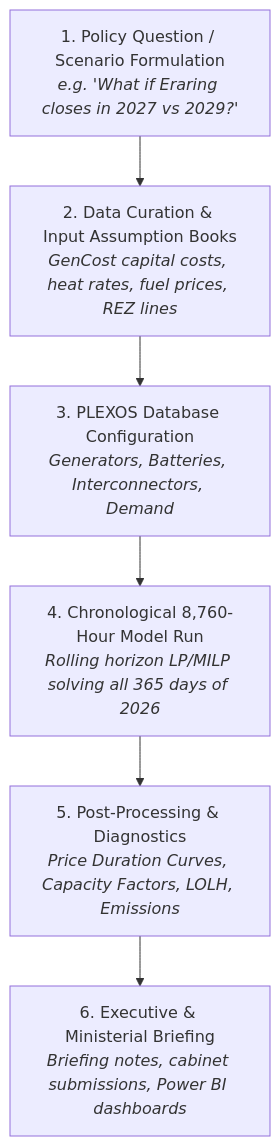
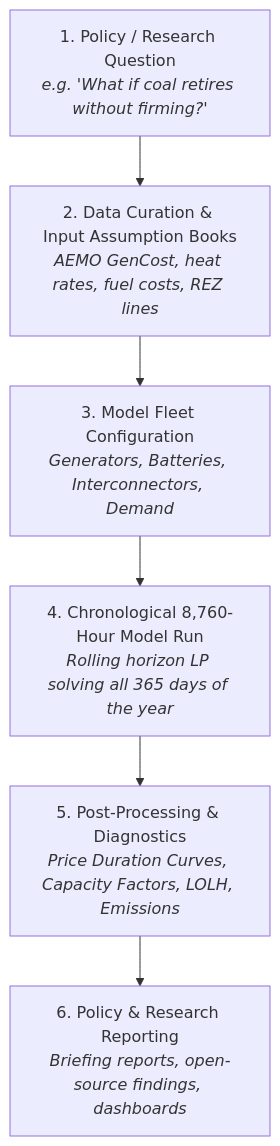
One commit to mahmudurah/nem-dispatch-simulator changed the diagram in docs/PLEXOS_ANALYST_WORKFLOW.md. Above: the diagram before and after it, drawn with Mermaid. The commit also changed other lines of this file and 5 other files, not shown here.

Commit message:
Refine documentation as public open-source educational learning project and remove personal interview references

````diff
--- a/docs/PLEXOS_ANALYST_WORKFLOW.md
+++ b/docs/PLEXOS_ANALYST_WORKFLOW.md
@@ -13,8 +20,8 @@
 ```mermaid
 flowchart TD
-    A["1. Policy Question / Scenario Formulation<br/><i>e.g. 'What if Eraring closes in 2027 vs 2029?'</i>"] --> B["2. Data Curation & Input Assumption Books<br/><i>GenCost capital costs, heat rates, fuel prices, REZ lines</i>"]
-    B --> C["3. PLEXOS Database Configuration<br/><i>Generators, Batteries, Interconnectors, Demand</i>"]
-    C --> D["4. Chronological 8,760-Hour Model Run<br/><i>Rolling horizon LP/MILP solving all 365 days of 2026</i>"]
+    A["1. Policy / Research Question<br/><i>e.g. 'What if coal retires without firming?'</i>"] --> B["2. Data Curation & Input Assumption Books<br/><i>AEMO GenCost, heat rates, fuel costs, REZ lines</i>"]
+    B --> C["3. Model Fleet Configuration<br/><i>Generators, Batteries, Interconnectors, Demand</i>"]
+    C --> D["4. Chronological 8,760-Hour Model Run<br/><i>Rolling horizon LP solving all 365 days of the year</i>"]
     D --> E["5. Post-Processing & Diagnostics<br/><i>Price Duration Curves, Capacity Factors, LOLH, Emissions</i>"]
-    E --> F["6. Executive & Ministerial Briefing<br/><i>Briefing notes, cabinet submissions, Power BI dashboards</i>"]
+    E --> F["6. Policy & Research Reporting<br/><i>Briefing reports, open-source findings, dashboards</i>"]
 ```
````
